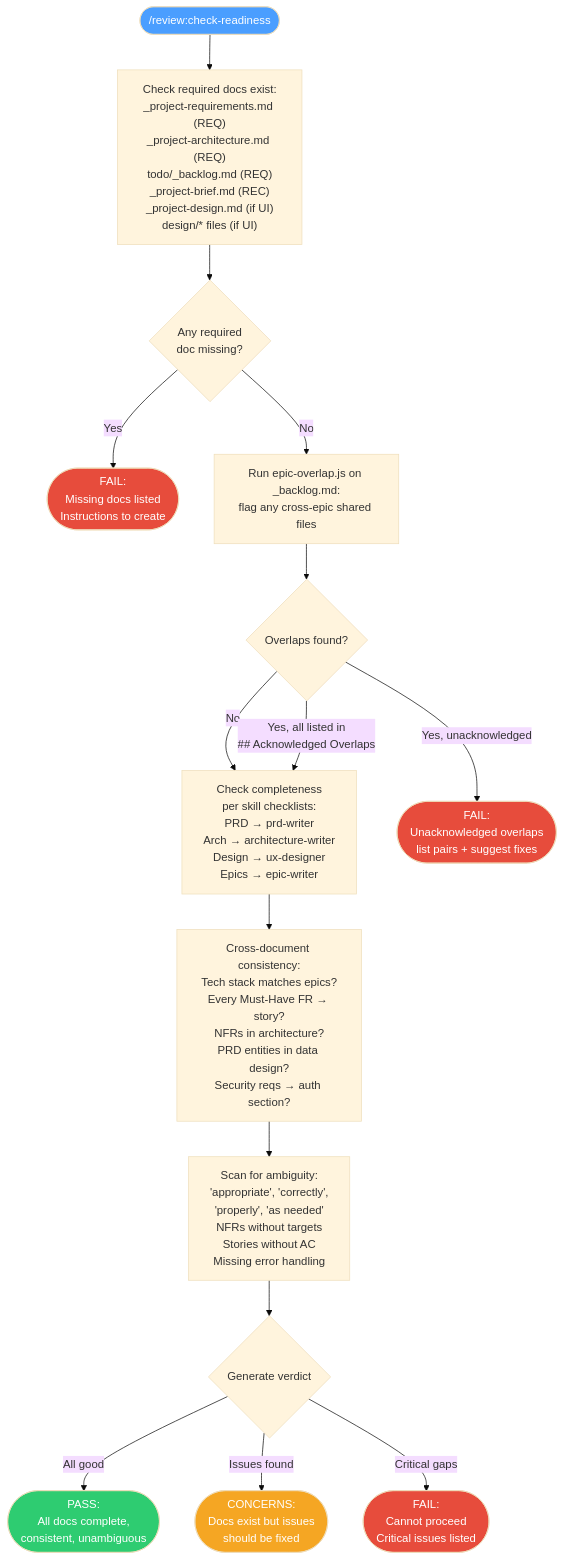
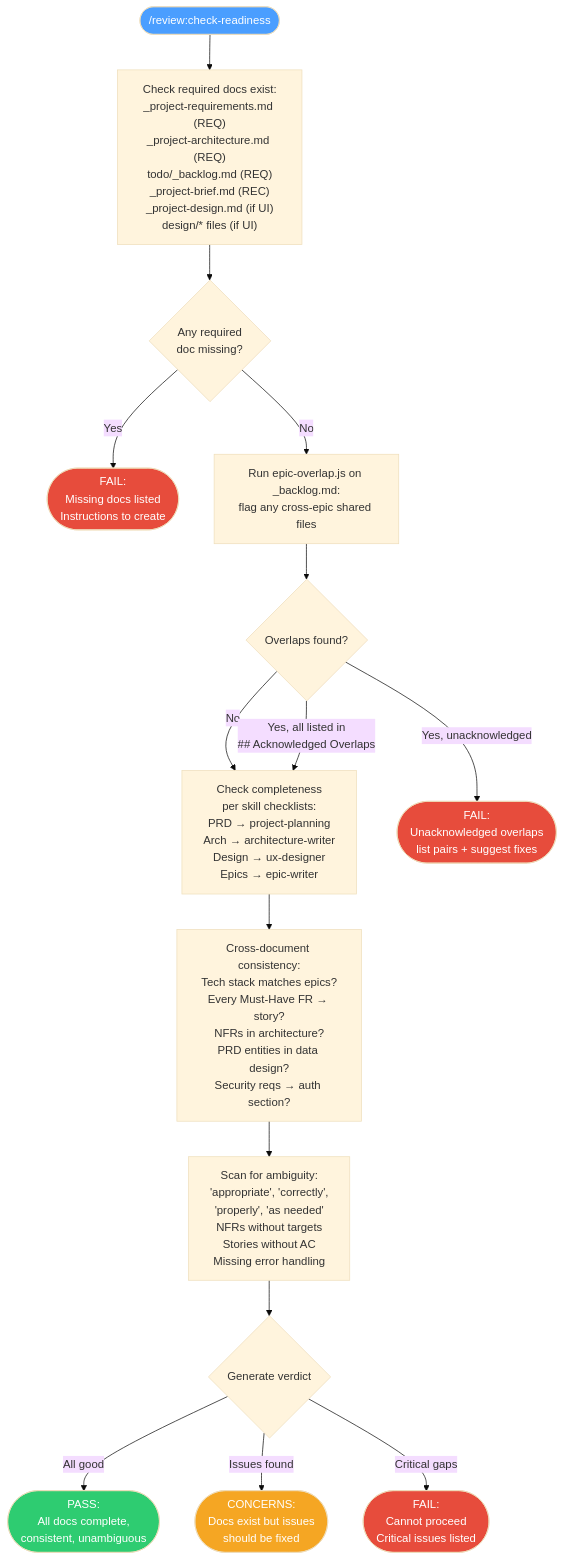
One commit to Domdhi/Agents.Domdhi changed diagram 23 of 36 in docs/reference/commands.md. Above: the diagram before and after it, drawn with Mermaid (base theme). The commit also changed other lines of this file and 102 other files, not shown here.

````diff
--- a/docs/reference/commands.md
+++ b/docs/reference/commands.md
@@ -1089,32 +1089,32 @@
 ```mermaid
 flowchart TD
     START(["/review:check-readiness"]) --> DOCS["Check required docs exist:\n_project-requirements.md (REQ)\n_project-architecture.md (REQ)\ntodo/_backlog.md (REQ)\n_project-brief.md (REC)\n_project-design.md (if UI)\ndesign/* files (if UI)"]
 
     DOCS --> MISSING{Any required\ndoc missing?}
     MISSING -->|Yes| FAIL_FAST(["FAIL:\nMissing docs listed\nInstructions to create"])
 
     MISSING -->|No| OVERLAP["Run epic-overlap.js on _backlog.md:\nflag any cross-epic shared files"]
 
     OVERLAP --> ACK{Overlaps found?}
     ACK -->|No| COMPLETE
     ACK -->|Yes, all listed in\n## Acknowledged Overlaps| COMPLETE
     ACK -->|Yes, unacknowledged| FAIL_OVERLAP(["FAIL:\nUnacknowledged overlaps\nlist pairs + suggest fixes"])
 
-    COMPLETE["Check completeness\nper skill checklists:\nPRD → prd-writer\nArch → architecture-writer\nDesign → ux-designer\nEpics → epic-writer"]
+    COMPLETE["Check completeness\nper skill checklists:\nPRD → project-planning\nArch → architecture-writer\nDesign → ux-designer\nEpics → epic-writer"]
 
     COMPLETE --> CONSISTENCY["Cross-document consistency:\nTech stack matches epics?\nEvery Must-Have FR → story?\nNFRs in architecture?\nPRD entities in data design?\nSecurity reqs → auth section?"]
 
     CONSISTENCY --> AMBIGUITY["Scan for ambiguity:\n'appropriate', 'correctly',\n'properly', 'as needed'\nNFRs without targets\nStories without AC\nMissing error handling"]
 
     AMBIGUITY --> VERDICT{Generate verdict}
     VERDICT -->|All good| PASS(["PASS:\nAll docs complete,\nconsistent, unambiguous"])
     VERDICT -->|Issues found| CONCERNS(["CONCERNS:\nDocs exist but issues\nshould be fixed"])
     VERDICT -->|Critical gaps| FAIL(["FAIL:\nCannot proceed\nCritical issues listed"])
 
     style START fill:#4a9eff,color:#fff
     style FAIL_FAST fill:#e74c3c,color:#fff
     style FAIL_OVERLAP fill:#e74c3c,color:#fff
     style PASS fill:#2ecc71,color:#fff
     style CONCERNS fill:#f5a623,color:#fff
     style FAIL fill:#e74c3c,color:#fff
 ```
````
